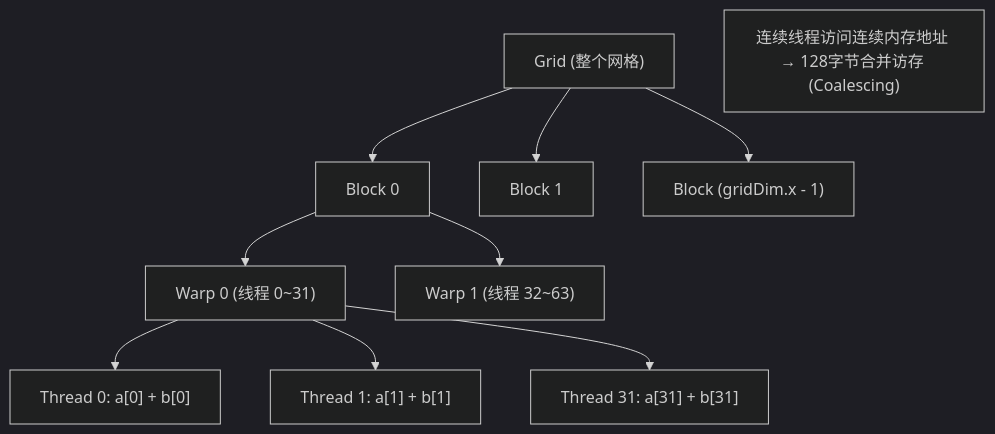
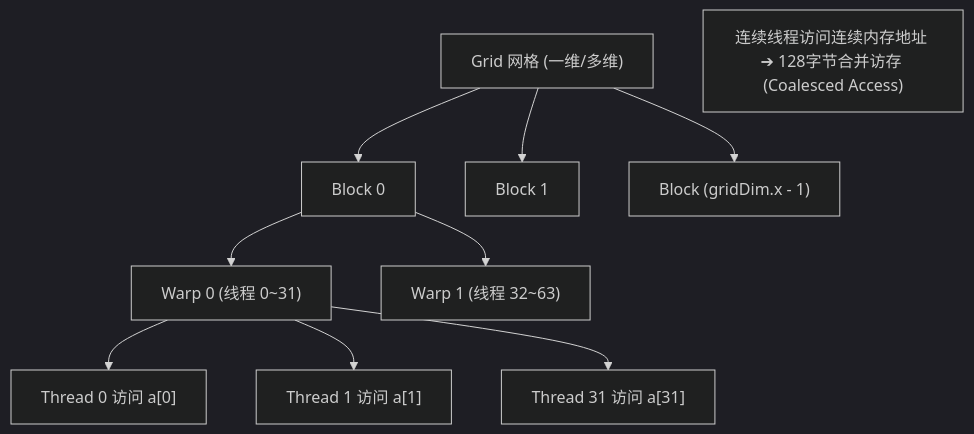
One commit to hsthanb4/hpclearning changed the first of 4 diagrams in cuda/lesson01_vector_add.qmd. Above: the diagram before and after it, drawn with Mermaid (dark theme). The commit also changed other lines of this file and 205 other files, not shown here.

````diff
--- a/cuda/lesson01_vector_add.qmd
+++ b/cuda/lesson01_vector_add.qmd
@@ -31,12 +34,12 @@
-```{mermaid}
+```mermaid
 flowchart TD
-    Grid["Grid (整个网格)"] --> Block0["Block 0"]
+    Grid["Grid 网格 (一维/多维)"] --> Block0["Block 0"]
     Grid --> Block1["Block 1"]
     Grid --> BlockN["Block (gridDim.x - 1)"]
     Block0 --> Warp0["Warp 0 (线程 0~31)"]
     Block0 --> Warp1["Warp 1 (线程 32~63)"]
-    Warp0 --> T0["Thread 0: a[0] + b[0]"]
-    Warp0 --> T1["Thread 1: a[1] + b[1]"]
-    Warp0 --> T31["Thread 31: a[31] + b[31]"]
-    Note["连续线程访问连续内存地址 → 128字节合并访存 (Coalescing)"]
+    Warp0 --> T0["Thread 0 访问 a[0]"]
+    Warp0 --> T1["Thread 1 访问 a[1]"]
+    Warp0 --> T31["Thread 31 访问 a[31]"]
+    Note["连续线程访问连续内存地址 ➔ 128字节合并访存 (Coalesced Access)"]
 ```
````
